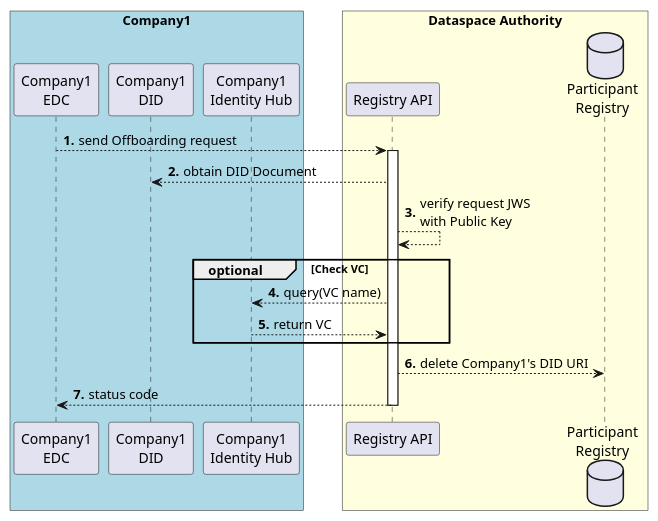
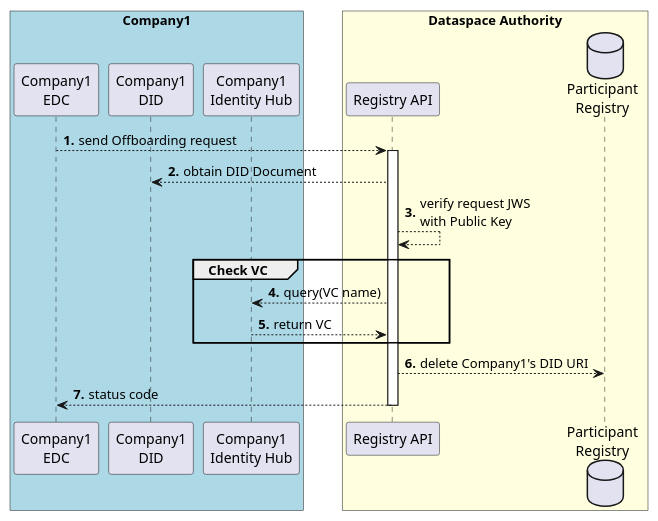
One commit to Metaform/mvd changed the diagram in registration-service/offboarding.puml. Above: the diagram before and after it, drawn with PlantUML. The commit also changed 4 other files, not shown here.

```diff
--- a/registration-service/offboarding.puml
+++ b/registration-service/offboarding.puml
@@ -1,26 +1,26 @@
 @startuml offboarding
 autonumber "<b>0'.'"
 box "Company1" #LightBlue
 Participant "Company1\nEDC" as Company1EDC
 Participant "Company1\nDID" as Company1DID
 Participant "Company1\nIdentity Hub" as IDHUB1
 end box
 
 box "Dataspace Authority" #LightYellow
 Participant "Registry API" as RAPI
 Database "Participant\nRegistry" as Registry
 end box
 
 Company1EDC --> RAPI: send Offboarding request
 activate RAPI
 RAPI --> Company1DID: obtain DID Document
 RAPI --> RAPI: verify request JWS\nwith Public Key
-group optional [Check VC]
+group Check VC
    RAPI --> IDHUB1: query(VC name) 
    IDHUB1 --> RAPI: return VC
 end
 RAPI --> Registry: delete Company1's DID URI
 return status code
 deactivate RAPI
 
 @enduml
```
